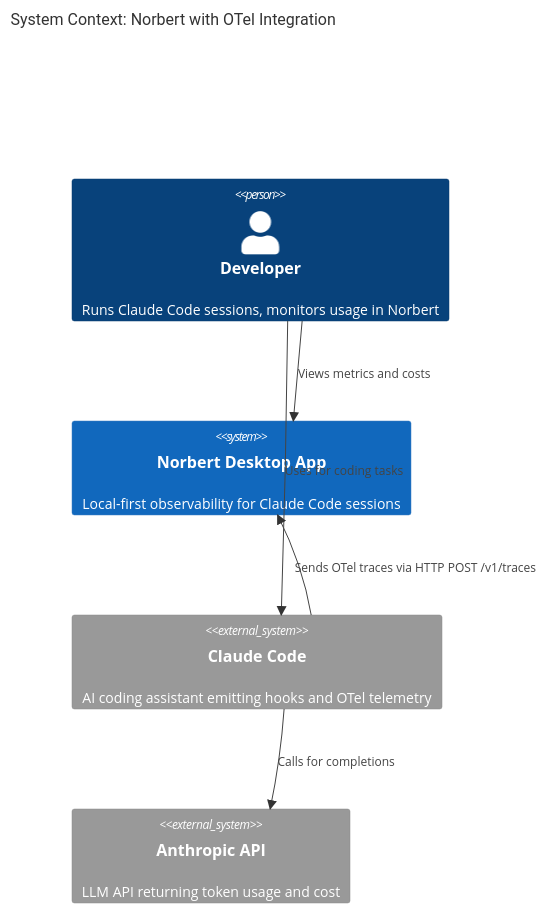
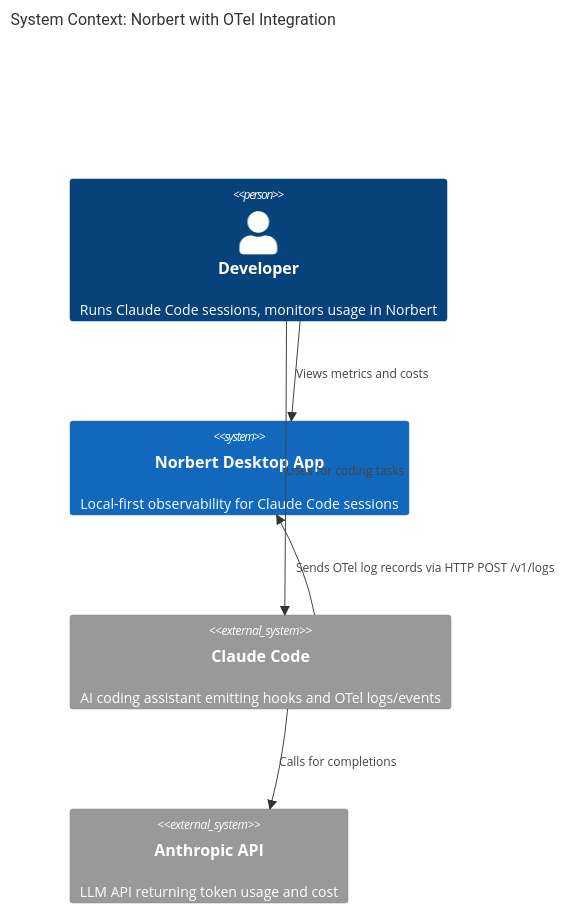
One commit to pmvanev/norbert changed the first of 3 diagrams in docs/feature/claude-otel-integration/design/architecture-design.md. Above: the diagram before and after it, drawn with Mermaid. The commit also changed other lines of this file and 21 other files, not shown here.

First line of the commit message:
docs: corrected OTel design (logs not traces) with verified spike data

````diff
--- a/docs/feature/claude-otel-integration/design/architecture-design.md
+++ b/docs/feature/claude-otel-integration/design/architecture-design.md
@@ -15,16 +32,16 @@
 ```mermaid
 C4Context
     title System Context: Norbert with OTel Integration
 
     Person(dev, "Developer", "Runs Claude Code sessions, monitors usage in Norbert")
 
     System(norbert, "Norbert Desktop App", "Local-first observability for Claude Code sessions")
-    System_Ext(claude_code, "Claude Code", "AI coding assistant emitting hooks and OTel telemetry")
+    System_Ext(claude_code, "Claude Code", "AI coding assistant emitting hooks and OTel logs/events")
     System_Ext(anthropic_api, "Anthropic API", "LLM API returning token usage and cost")
 
     Rel(dev, norbert, "Views metrics and costs")
     Rel(dev, claude_code, "Uses for coding tasks")
     Rel(claude_code, anthropic_api, "Calls for completions")
     Rel(claude_code, norbert, "Sends hook events via HTTP POST /hooks/:type")
-    Rel(claude_code, norbert, "Sends OTel traces via HTTP POST /v1/traces")
+    Rel(claude_code, norbert, "Sends OTel log records via HTTP POST /v1/logs")
 ```
````
